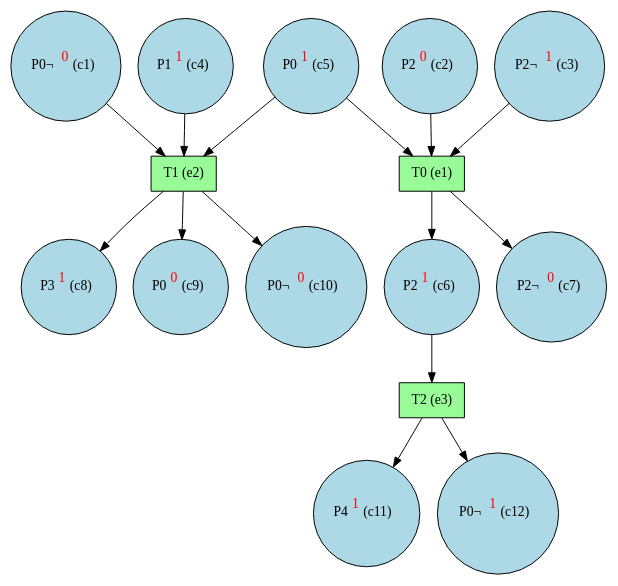
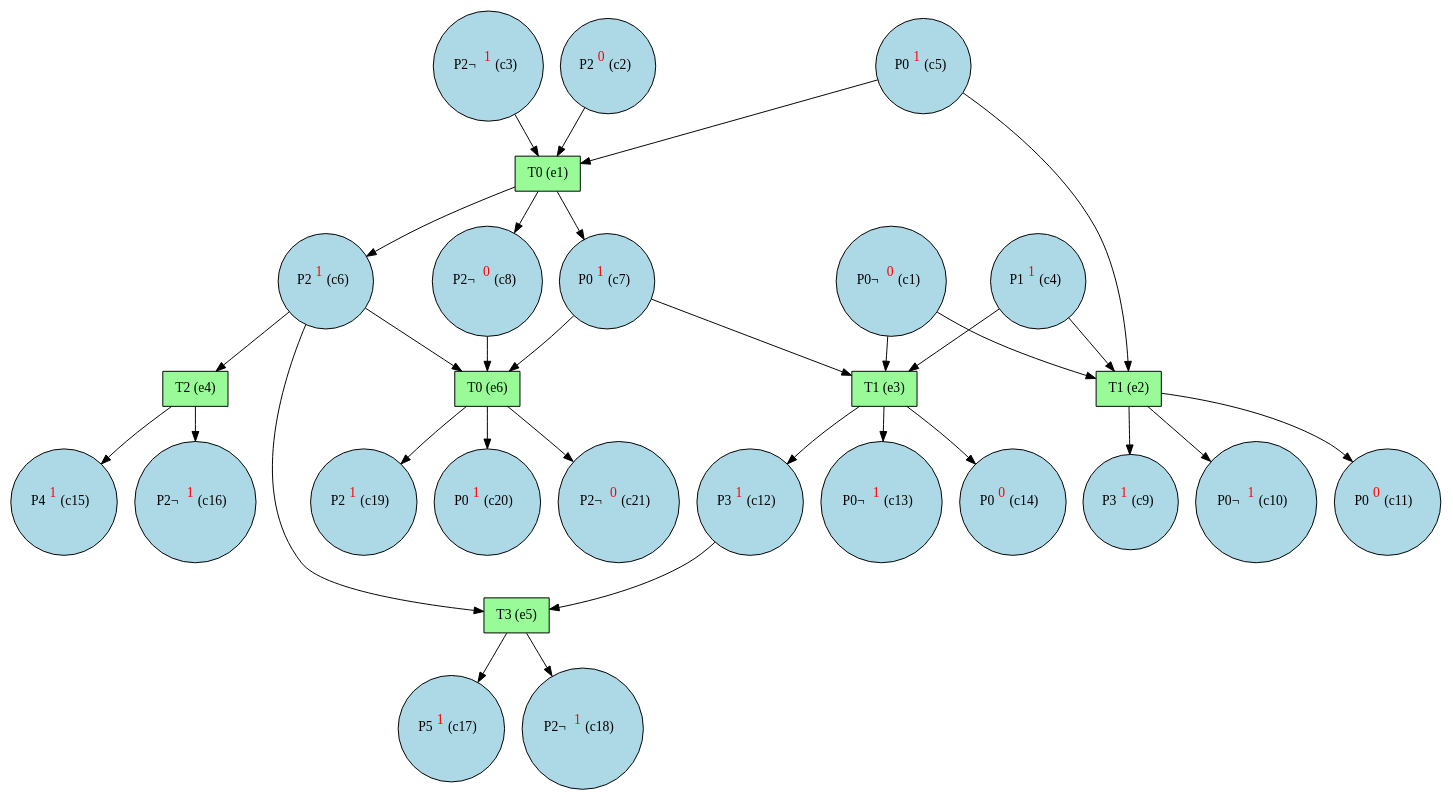
One commit to giannkas/ecofolder changed the diagram in examples/small_eg_rs.dot. Above: the diagram before and after it, drawn with Graphviz. The commit also changed 12 other files, not shown here.

```diff
--- a/examples/small_eg_rs.dot
+++ b/examples/small_eg_rs.dot
@@ -1,31 +1,60 @@
 digraph test {
+  c1 -> e3;
   c1 -> e2;
   c2 -> e1;
   c3 -> e1;
+  c4 -> e3;
   c4 -> e2;
   c5 -> e2;
   c5 -> e1;
   e1 -> c6;
-  c6 -> e3;
+  c6 -> e5;
+  c6 -> e4;
+  c6 -> e6;
   e1 -> c7;
-  e2 -> c8;
+  c7 -> e3;
+  c7 -> e6;
+  e1 -> c8;
+  c8 -> e6;
   e2 -> c9;
   e2 -> c10;
-  e3 -> c11;
+  e2 -> c11;
   e3 -> c12;
+  c12 -> e5;
+  e3 -> c13;
+  e3 -> c14;
+  e4 -> c15;
+  e4 -> c16;
+  e5 -> c17;
+  e5 -> c18;
+  e6 -> c19;
+  e6 -> c20;
+  e6 -> c21;
   c1 [fillcolor=lightblue label= <P0¬<FONT COLOR="red"><SUP>0</SUP></FONT>&nbsp;(c1)> shape=circle style=filled];
   c2 [fillcolor=lightblue label= <P2<FONT COLOR="red"><SUP>0</SUP></FONT>&nbsp;(c2)> shape=circle style=filled];
   c3 [fillcolor=lightblue label= <P2¬<FONT COLOR="red"><SUP>1</SUP></FONT>&nbsp;(c3)> shape=circle style=filled];
   c4 [fillcolor=lightblue label= <P1<FONT COLOR="red"><SUP>1</SUP></FONT>&nbsp;(c4)> shape=circle style=filled];
   c5 [fillcolor=lightblue label= <P0<FONT COLOR="red"><SUP>1</SUP></FONT>&nbsp;(c5)> shape=circle style=filled];
   c6 [fillcolor=lightblue label= <P2<FONT COLOR="red"><SUP>1</SUP></FONT>&nbsp;(c6)> shape=circle style=filled];
-  c7 [fillcolor=lightblue label= <P2¬<FONT COLOR="red"><SUP>0</SUP></FONT>&nbsp;(c7)> shape=circle style=filled];
-  c8 [fillcolor=lightblue label= <P3<FONT COLOR="red"><SUP>1</SUP></FONT>&nbsp;(c8)> shape=circle style=filled];
-  c9 [fillcolor=lightblue label= <P0<FONT COLOR="red"><SUP>0</SUP></FONT>&nbsp;(c9)> shape=circle style=filled];
-  c10 [fillcolor=lightblue label= <P0¬<FONT COLOR="red"><SUP>0</SUP></FONT>&nbsp;(c10)> shape=circle style=filled];
-  c11 [fillcolor=lightblue label= <P4<FONT COLOR="red"><SUP>1</SUP></FONT>&nbsp;(c11)> shape=circle style=filled];
-  c12 [fillcolor=lightblue label= <P0¬<FONT COLOR="red"><SUP>1</SUP></FONT>&nbsp;(c12)> shape=circle style=filled];
+  c7 [fillcolor=lightblue label= <P0<FONT COLOR="red"><SUP>1</SUP></FONT>&nbsp;(c7)> shape=circle style=filled];
+  c8 [fillcolor=lightblue label= <P2¬<FONT COLOR="red"><SUP>0</SUP></FONT>&nbsp;(c8)> shape=circle style=filled];
+  c9 [fillcolor=lightblue label= <P3<FONT COLOR="red"><SUP>1</SUP></FONT>&nbsp;(c9)> shape=circle style=filled];
+  c10 [fillcolor=lightblue label= <P0¬<FONT COLOR="red"><SUP>1</SUP></FONT>&nbsp;(c10)> shape=circle style=filled];
+  c11 [fillcolor=lightblue label= <P0<FONT COLOR="red"><SUP>0</SUP></FONT>&nbsp;(c11)> shape=circle style=filled];
+  c12 [fillcolor=lightblue label= <P3<FONT COLOR="red"><SUP>1</SUP></FONT>&nbsp;(c12)> shape=circle style=filled];
+  c13 [fillcolor=lightblue label= <P0¬<FONT COLOR="red"><SUP>1</SUP></FONT>&nbsp;(c13)> shape=circle style=filled];
+  c14 [fillcolor=lightblue label= <P0<FONT COLOR="red"><SUP>0</SUP></FONT>&nbsp;(c14)> shape=circle style=filled];
+  c15 [fillcolor=lightblue label= <P4<FONT COLOR="red"><SUP>1</SUP></FONT>&nbsp;(c15)> shape=circle style=filled];
+  c16 [fillcolor=lightblue label= <P2¬<FONT COLOR="red"><SUP>1</SUP></FONT>&nbsp;(c16)> shape=circle style=filled];
+  c17 [fillcolor=lightblue label= <P5<FONT COLOR="red"><SUP>1</SUP></FONT>&nbsp;(c17)> shape=circle style=filled];
+  c18 [fillcolor=lightblue label= <P2¬<FONT COLOR="red"><SUP>1</SUP></FONT>&nbsp;(c18)> shape=circle style=filled];
+  c19 [fillcolor=lightblue label= <P2<FONT COLOR="red"><SUP>1</SUP></FONT>&nbsp;(c19)> shape=circle style=filled];
+  c20 [fillcolor=lightblue label= <P0<FONT COLOR="red"><SUP>1</SUP></FONT>&nbsp;(c20)> shape=circle style=filled];
+  c21 [fillcolor=lightblue label= <P2¬<FONT COLOR="red"><SUP>0</SUP></FONT>&nbsp;(c21)> shape=circle style=filled];
   e1 [fillcolor=palegreen label="T0 (e1)" shape=box style=filled];
   e2 [fillcolor=palegreen label="T1 (e2)" shape=box style=filled];
-  e3 [fillcolor=palegreen label="T2 (e3)" shape=box style=filled];
+  e3 [fillcolor=palegreen label="T1 (e3)" shape=box style=filled];
+  e4 [fillcolor=palegreen label="T2 (e4)" shape=box style=filled];
+  e5 [fillcolor=palegreen label="T3 (e5)" shape=box style=filled];
+  e6 [fillcolor=palegreen label="T0 (e6)" shape=box style=filled];
 }
```
